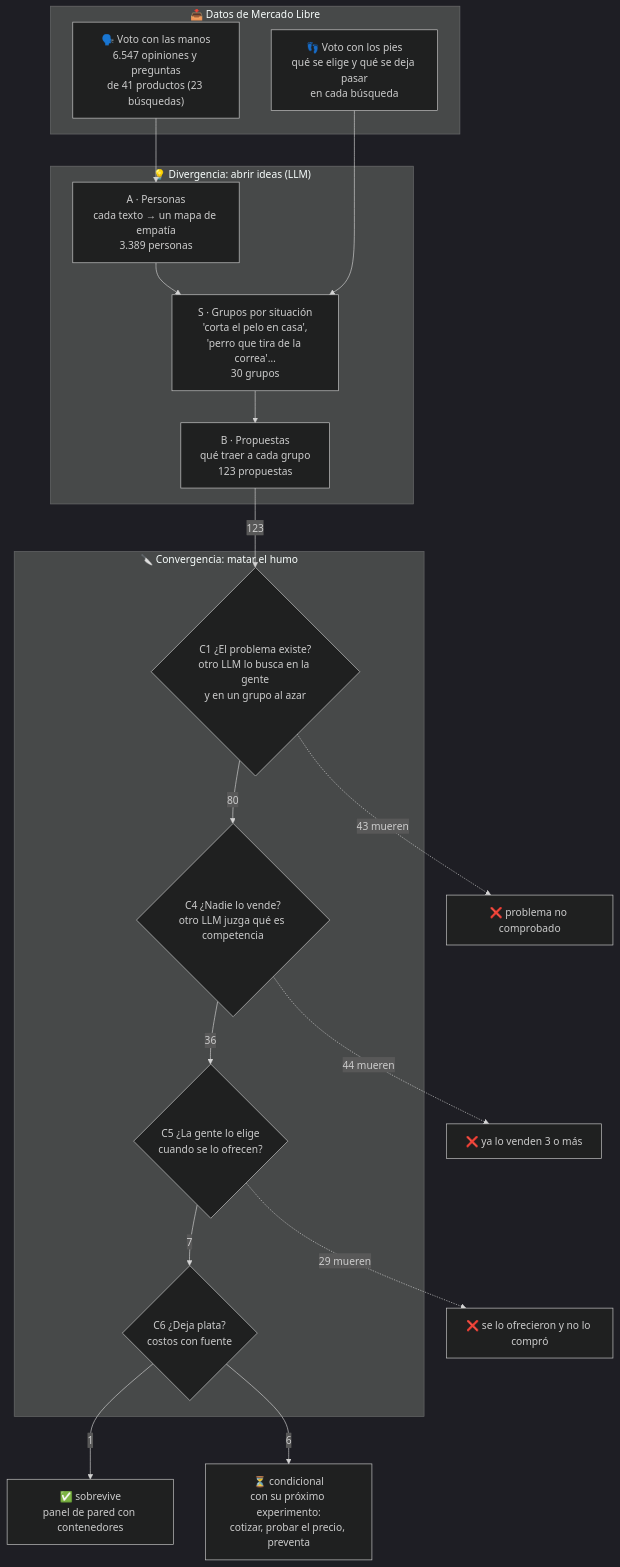
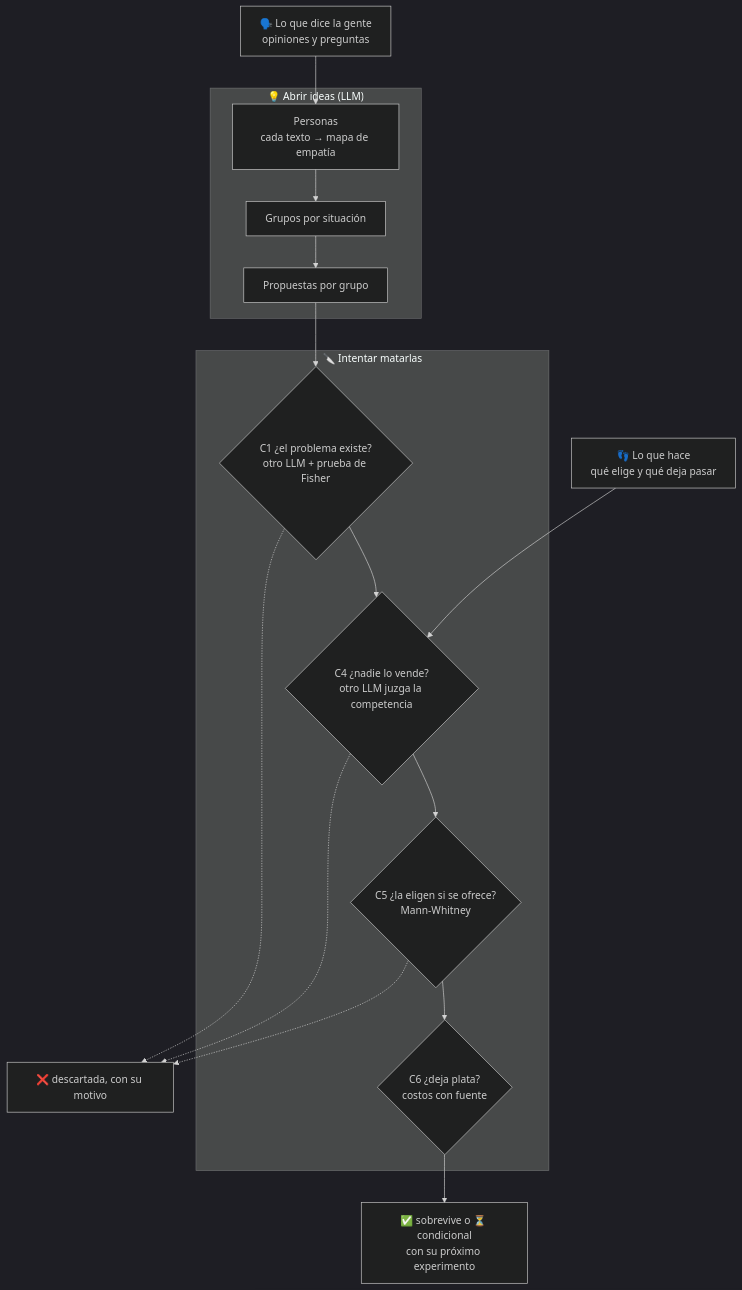
One commit to codewithpatelo/faltante changed the diagram in README.md. Above: the diagram before and after it, drawn with Mermaid (dark theme). The commit also changed other lines of this file and 1 other file, not shown here.

First line of the commit message:
README reescrito: pregunta, cómo funciona, resultados, costo y modelo, datos, limitaciones (~1.400 palabras)

````diff
--- a/README.md
+++ b/README.md
@@ -55,31 +34,15 @@
 ```mermaid
 flowchart TD
-    subgraph datos["📥 Datos de Mercado Libre"]
-        V["🗣️ Voto con las manos<br/>6.547 opiniones y preguntas<br/>de 41 productos (23 búsquedas)"]
-        P["👣 Voto con los pies<br/>qué se elige y qué se deja pasar<br/>en cada búsqueda"]
+    V["🗣️ Lo que dice la gente<br/>opiniones y preguntas"] --> A
+    P["👣 Lo que hace<br/>qué elige y qué deja pasar"] --> C4
+    subgraph abrir["💡 Abrir ideas (LLM)"]
+        A["Personas<br/>cada texto → mapa de empatía"] --> S["Grupos por situación"] --> B["Propuestas por grupo"]
     end
-
-    subgraph divergencia["💡 Divergencia: abrir ideas (LLM)"]
-        A["A · Personas<br/>cada texto → un mapa de empatía<br/>3.389 personas"]
-        S["S · Grupos por situación<br/>'corta el pelo en casa',<br/>'perro que tira de la correa'…<br/>30 grupos"]
-        B["B · Propuestas<br/>qué traer a cada grupo<br/>123 propuestas"]
-        A --> S --> B
+    subgraph matar["🔪 Intentar matarlas"]
+        C1{"C1 ¿el problema existe?<br/>otro LLM + prueba de Fisher"} --> C4{"C4 ¿nadie lo vende?<br/>otro LLM juzga la competencia"}
+        C4 --> C5{"C5 ¿la eligen si se ofrece?<br/>Mann-Whitney"} --> C6{"C6 ¿deja plata?<br/>costos con fuente"}
     end
-
-    subgraph convergencia["🔪 Convergencia: matar el humo"]
-        C1{"C1 ¿El problema existe?<br/>otro LLM lo busca en la gente<br/>y en un grupo al azar"}
-        C4{"C4 ¿Nadie lo vende?<br/>otro LLM juzga qué es competencia"}
-        C5{"C5 ¿La gente lo elige<br/>cuando se lo ofrecen?"}
-        C6{"C6 ¿Deja plata?<br/>costos con fuente"}
-        C1 -->|80| C4 -->|36| C5 -->|7| C6
-    end
-
-    V --> A
-    P --> S
-    B -->|123| C1
-    C1 -.->|43 mueren| X1["❌ problema no comprobado"]
-    C4 -.->|44 mueren| X2["❌ ya lo venden 3 o más"]
-    C5 -.->|29 mueren| X3["❌ se lo ofrecieron y no lo compró"]
-    C6 -->|1| OK["✅ sobrevive<br/>panel de pared con contenedores"]
-    C6 -->|6| COND["⏳ condicional<br/>con su próximo experimento:<br/>cotizar, probar el precio, preventa"]
+    B --> C1
+    C6 --> OK["✅ sobrevive o ⏳ condicional<br/>con su próximo experimento"]
+    C1 & C4 & C5 -.-> X["❌ descartada, con su motivo"]
 ```
````
